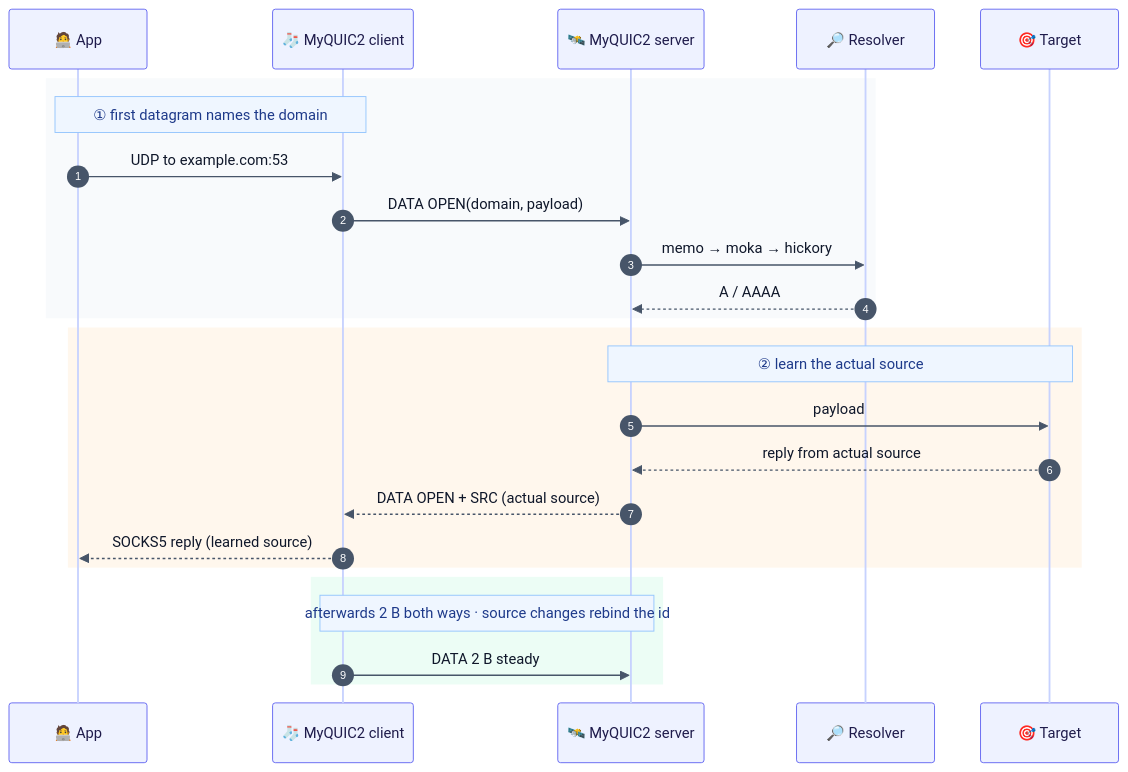
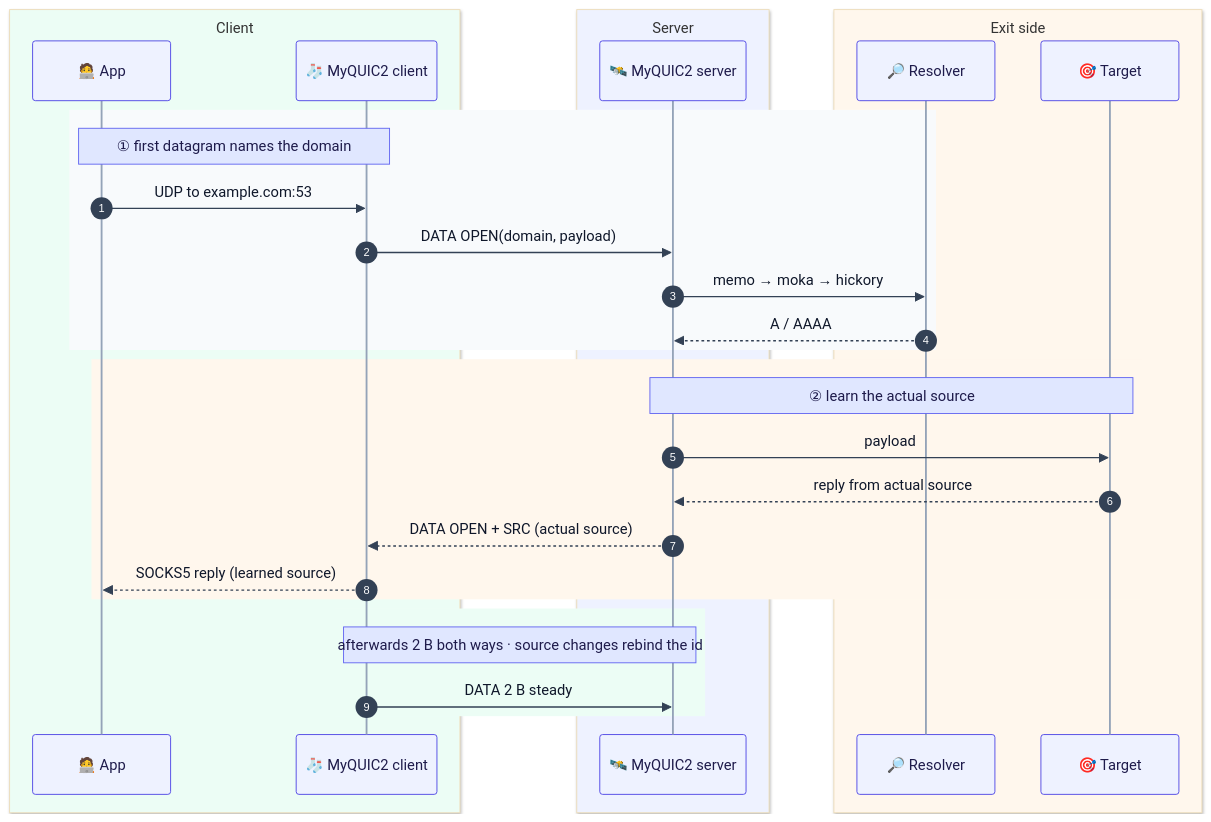
Before and after one commit to Terutoki/MyQUIC2: diagram 15 of 25 in README.md, drawn with Mermaid. The commit also changed other lines of this file, not shown here.

````diff
--- a/README.md
+++ b/README.md
@@ -783,28 +789,34 @@
 ```mermaid
-%%{init: {"theme":"base","themeVariables":{"fontSize":"15px","actorBkg":"#eef2ff","actorBorder":"#6366f1","actorTextColor":"#1e1b4b","actorLineColor":"#c7d2fe","signalColor":"#475569","signalTextColor":"#0f172a","labelBoxBkgColor":"#f8fafc","labelBoxBorderColor":"#cbd5e1","labelTextColor":"#0f172a","loopTextColor":"#0f172a","noteBkgColor":"#eff6ff","noteBorderColor":"#93c5fd","noteTextColor":"#1e3a8a","activationBkgColor":"#e0e7ff","activationBorderColor":"#6366f1","sequenceNumberBackgroundColor":"#6366f1","sequenceNumberColor":"#ffffff"}} }%%
+%%{init: {"theme":"base","themeVariables":{"fontSize":"14px","actorBkg":"#eef2ff","actorBorder":"#4f46e5","actorTextColor":"#1e1b4b","actorLineColor":"#94a3b8","signalColor":"#334155","signalTextColor":"#0f172a","labelBoxBkgColor":"#e0e7ff","labelBoxBorderColor":"#6366f1","labelTextColor":"#1e1b4b","loopTextColor":"#1e1b4b","noteBkgColor":"#e0e7ff","noteBorderColor":"#6366f1","noteTextColor":"#1e1b4b","activationBkgColor":"#c7d2fe","activationBorderColor":"#4f46e5","sequenceNumberBackgroundColor":"#4f46e5","sequenceNumberColor":"#ffffff"}}}%%
 sequenceDiagram
     autonumber
-    participant App as 🧑‍💻 App
-    participant Client as 🧦 MyQUIC2 client
-    participant Server as 🛰️ MyQUIC2 server
-    participant Resolver as 🔎 Resolver
-    participant Target as 🎯 Target
+        box rgb(236, 253, 245) Client
+            participant App as 🧑‍💻 App
+            participant Client as 🧦 MyQUIC2 client
+        end
+        box rgb(238, 242, 255) Server
+            participant Server as 🛰️ MyQUIC2 server
+        end
+        box rgb(255, 247, 237) Exit side
+            participant Resolver as 🔎 Resolver
+            participant Target as 🎯 Target
+        end
         rect rgb(248, 250, 252)
             Note over App,Client: ① first datagram names the domain
             App->>Client: UDP to example.com:53
             Client->>Server: DATA OPEN(domain, payload)
             Server->>Resolver: memo → moka → hickory
             Resolver-->>Server: A / AAAA
         end
         rect rgb(255, 247, 237)
             Note over Server,Target: ② learn the actual source
             Server->>Target: payload
             Target-->>Server: reply from actual source
             Server-->>Client: DATA OPEN + SRC (actual source)
             Client-->>App: SOCKS5 reply (learned source)
         end
         rect rgb(236, 253, 245)
             Note over Client,Server: afterwards 2 B both ways · source changes rebind the id
             Client->>Server: DATA 2 B steady
         end
 ```
````
